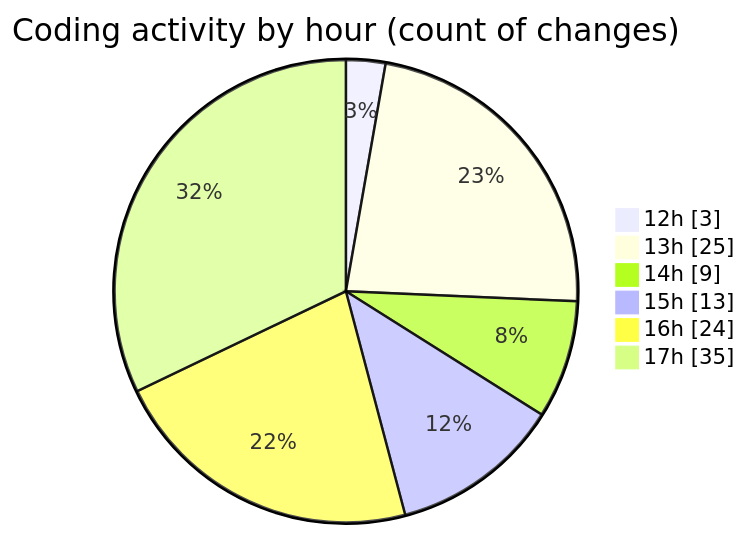
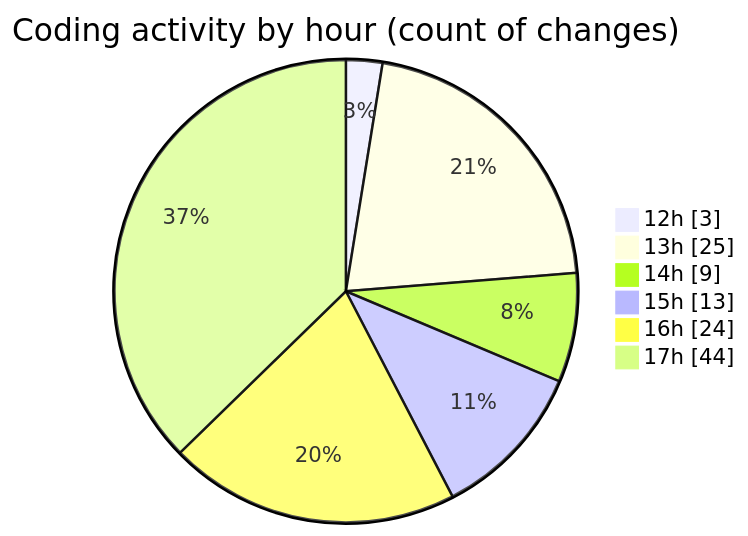
The second of 2 diagrams in 2025-09-26/nxtqube_webapp/README.md (nxtqubesakshisongat/code-tracking), drawn with Mermaid before and after one commit. The commit also changed other lines of this file and 1 other file, not shown here.

````diff
--- a/2025-09-26/nxtqube_webapp/README.md
+++ b/2025-09-26/nxtqube_webapp/README.md
@@ -36,10 +36,10 @@
 ```mermaid
 pie showData
 title Coding activity by hour (count of changes)
 "12h" : 3
 "13h" : 25
 "14h" : 9
 "15h" : 13
 "16h" : 24
-"17h" : 35
+"17h" : 44
 ```
````
